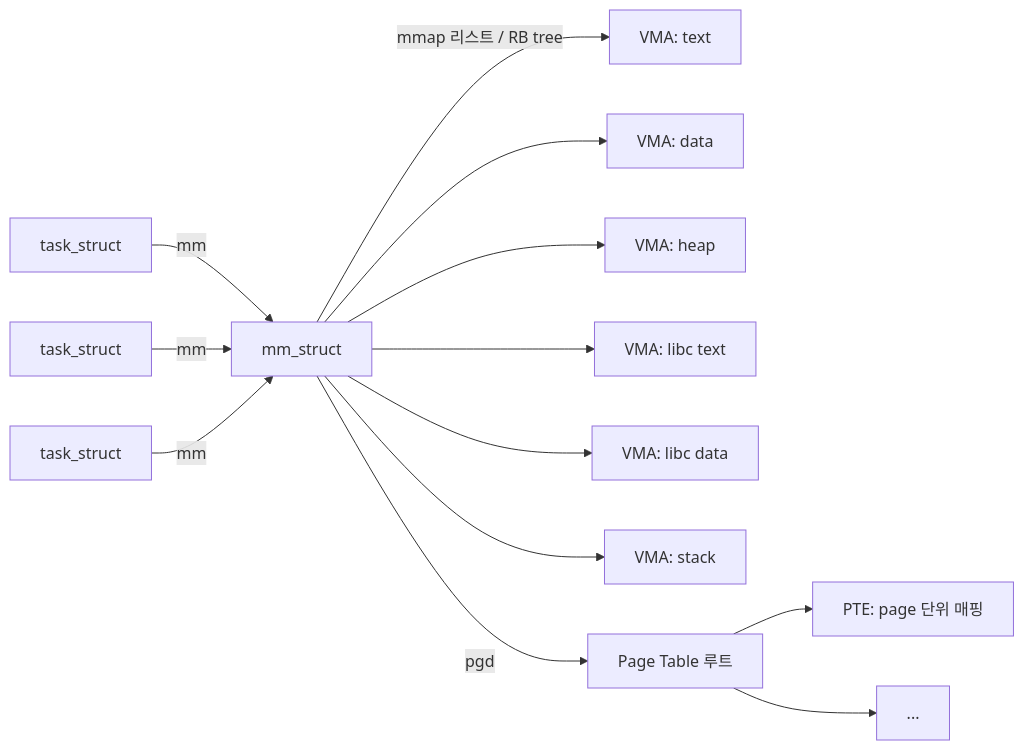
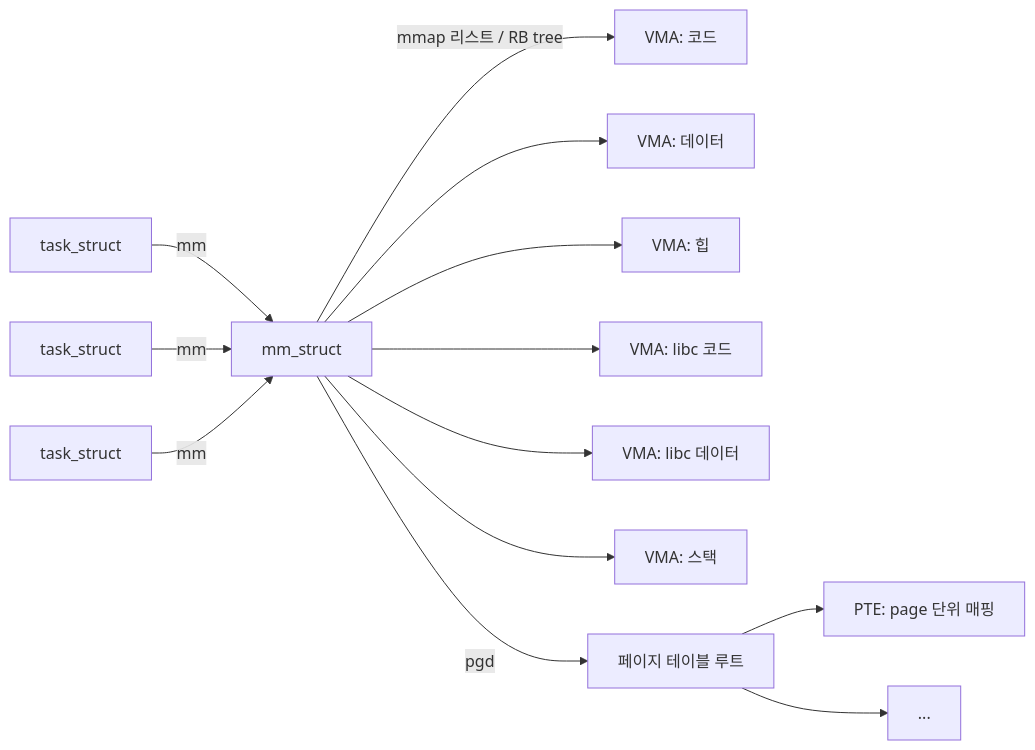
The diagram in docs/blog/concepts/11-task-struct-mm-struct-vma.md (Jungle-12-303/wk07_6), drawn with Mermaid before and after one commit. The commit also changed other lines of this file and 26 other files, not shown here.

First line of the commit message:
docs: 블로그 소제목·Mermaid·ASCII 박스 가독성 정비

````diff
--- a/docs/blog/concepts/11-task-struct-mm-struct-vma.md
+++ b/docs/blog/concepts/11-task-struct-mm-struct-vma.md
@@ -91,15 +91,15 @@
 ```mermaid
 flowchart LR
     TS[task_struct] -->|mm| MM[mm_struct]
     TS2[task_struct] -->|mm| MM
     TS3[task_struct] -->|mm| MM
-    MM -->|mmap 리스트 / RB tree| V1[VMA: text]
-    MM --> V2[VMA: data]
-    MM --> V3[VMA: heap]
-    MM --> V4[VMA: libc text]
-    MM --> V5[VMA: libc data]
-    MM --> V6[VMA: stack]
-    MM -->|pgd| PT[Page Table 루트]
+    MM -->|mmap 리스트 / RB tree| V1[VMA: 코드]
+    MM --> V2[VMA: 데이터]
+    MM --> V3[VMA: 힙]
+    MM --> V4[VMA: libc 코드]
+    MM --> V5[VMA: libc 데이터]
+    MM --> V6[VMA: 스택]
+    MM -->|pgd| PT[페이지 테이블 루트]
     PT --> PTE1[PTE: page 단위 매핑]
     PT --> PTE2[...]
 ```
````
